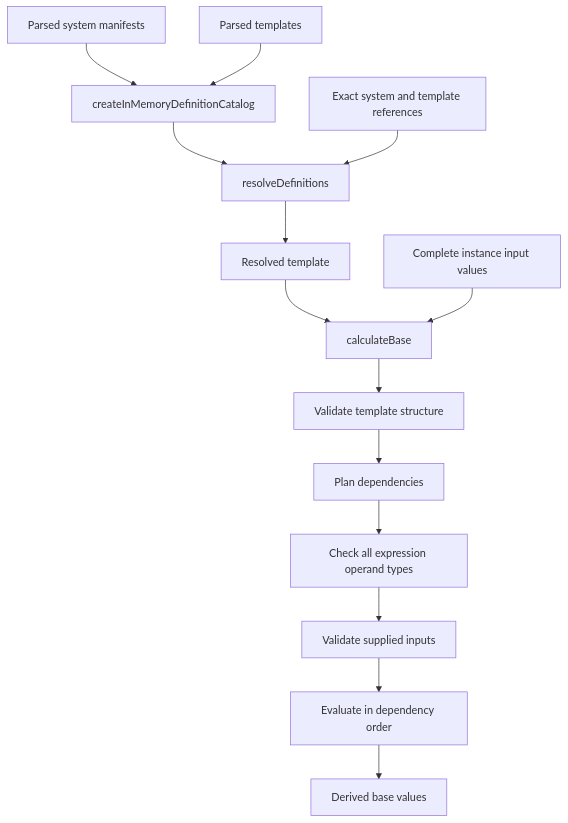
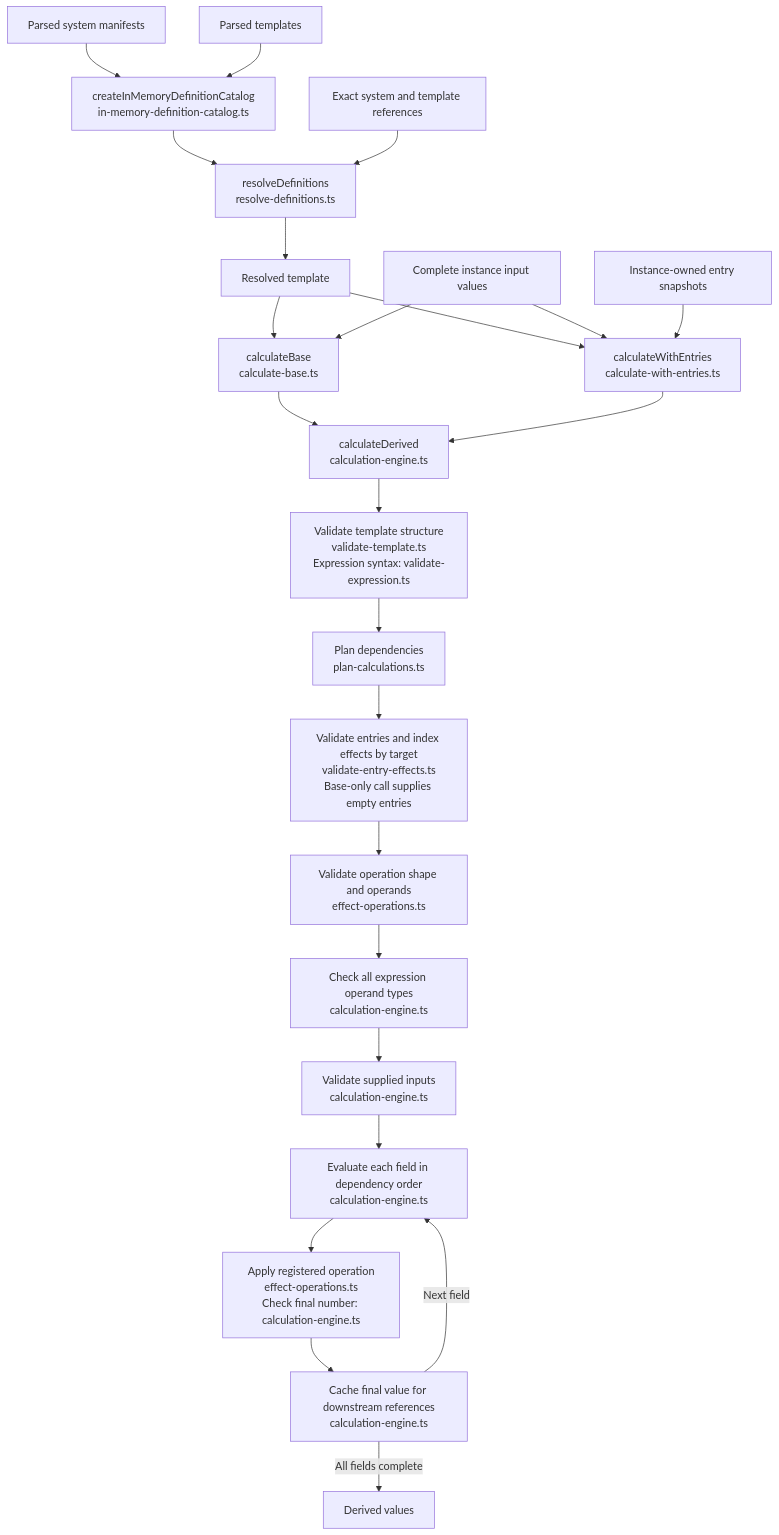
One commit to bduhbya/rpg_buddy changed the diagram in src/domain/architecture.md. Above: the diagram before and after it, drawn with Mermaid. The commit also changed other lines of this file and 31 other files, not shown here.

````diff
--- a/src/domain/architecture.md
+++ b/src/domain/architecture.md
@@ -24,16 +24,26 @@
 ```mermaid
 flowchart TD
-    M[Parsed system manifests] --> C[createInMemoryDefinitionCatalog]
+    M[Parsed system manifests] --> C["createInMemoryDefinitionCatalog<br/>in-memory-definition-catalog.ts"]
     T[Parsed templates] --> C
-    C --> R[resolveDefinitions]
+    C --> R["resolveDefinitions<br/>resolve-definitions.ts"]
     I[Exact system and template references] --> R
     R --> RT[Resolved template]
-    RT --> B[calculateBase]
+    RT --> B["calculateBase<br/>calculate-base.ts"]
+    RT --> W["calculateWithEntries<br/>calculate-with-entries.ts"]
     V[Complete instance input values] --> B
-    B --> S[Validate template structure]
-    S --> G[Plan dependencies]
-    G --> Y[Check all expression operand types]
-    Y --> X[Validate supplied inputs]
-    X --> E[Evaluate in dependency order]
-    E --> O[Derived base values]
+    V --> W
+    N[Instance-owned entry snapshots] --> W
+    B --> D["calculateDerived<br/>calculation-engine.ts"]
+    W --> D
+    D --> S["Validate template structure<br/>validate-template.ts<br/>Expression syntax: validate-expression.ts"]
+    S --> G["Plan dependencies<br/>plan-calculations.ts"]
+    G --> F["Validate entries and index effects by target<br/>validate-entry-effects.ts<br/>Base-only call supplies empty entries"]
+    F --> H["Validate operation shape and operands<br/>effect-operations.ts"]
+    H --> Y["Check all expression operand types<br/>calculation-engine.ts"]
+    Y --> X["Validate supplied inputs<br/>calculation-engine.ts"]
+    X --> E["Evaluate each field in dependency order<br/>calculation-engine.ts"]
+    E --> A["Apply registered operation<br/>effect-operations.ts<br/>Check final number: calculation-engine.ts"]
+    A --> K["Cache final value for downstream references<br/>calculation-engine.ts"]
+    K -->|Next field| E
+    K -->|All fields complete| O[Derived values]
 ```
````
